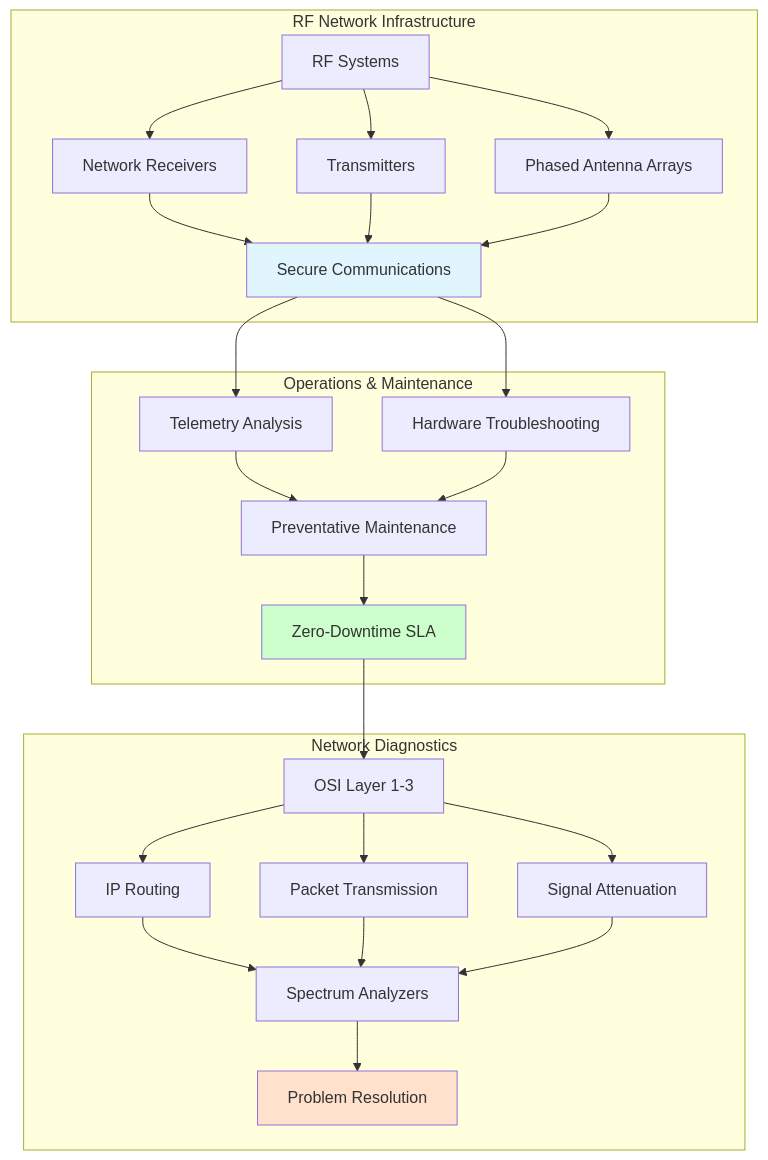
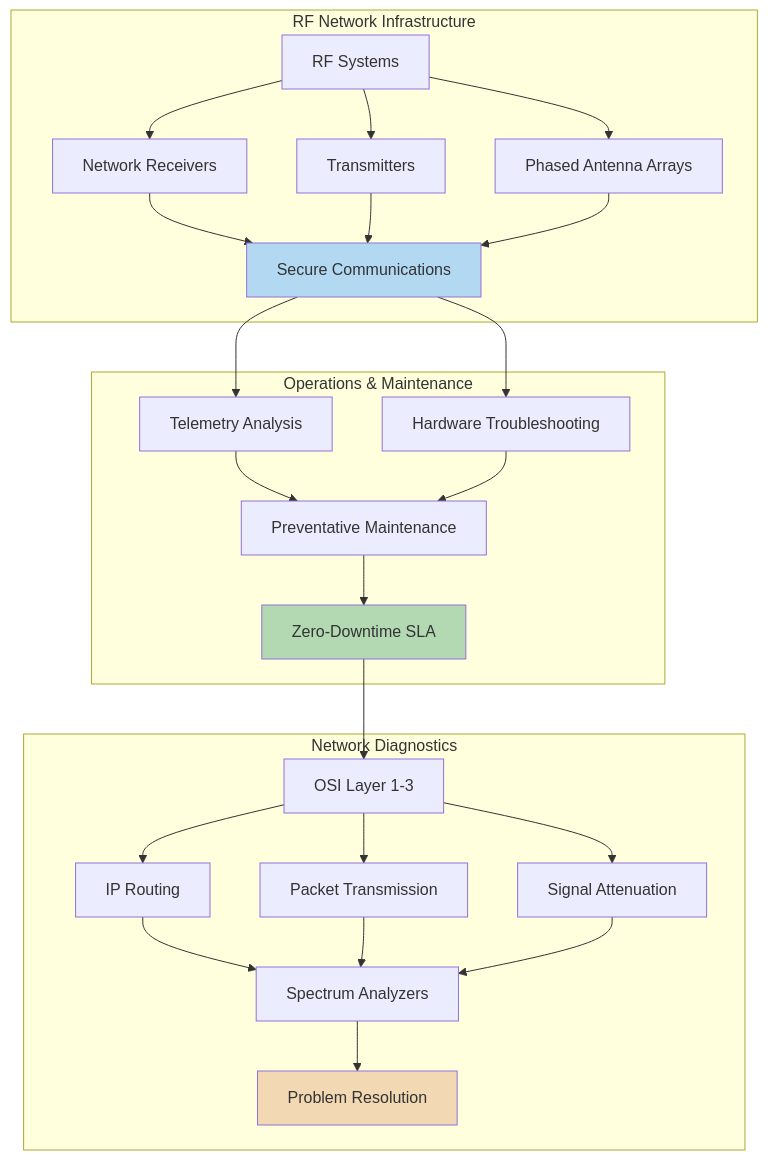
Before and after one commit to Tim-Spurlin/RESUME-of-Timothy-Spurlin: the fifth of 24 diagrams in README.md, drawn with Mermaid. The commit also changed other lines of this file, not shown here.

Commit message:
Replace bright Mermaid diagram colors with muted professional tones

````diff
--- a/README.md
+++ b/README.md
@@ -210,35 +210,35 @@
 ```mermaid
 graph TB
     subgraph "RF Network Infrastructure"
         A[RF Systems] --> B[Network Receivers]
         A --> C[Transmitters]
         A --> D[Phased Antenna Arrays]
         B --> E[Secure Communications]
         C --> E
         D --> E
     end
     
     subgraph "Operations & Maintenance"
         E --> F[Telemetry Analysis]
         E --> G[Hardware Troubleshooting]
         F --> H[Preventative Maintenance]
         G --> H
         H --> I[Zero-Downtime SLA]
     end
     
     subgraph "Network Diagnostics"
         J[OSI Layer 1-3] --> K[IP Routing]
         J --> L[Packet Transmission]
         J --> M[Signal Attenuation]
         K --> N[Spectrum Analyzers]
         L --> N
         M --> N
         N --> O[Problem Resolution]
     end
     
     I --> J
     
-    style E fill:#e1f5ff
-    style I fill:#ccffcc
-    style O fill:#ffe1cc
+    style E fill:#b3d9f2
+    style I fill:#b3d9b3
+    style O fill:#f2d9b3
 ```
````
